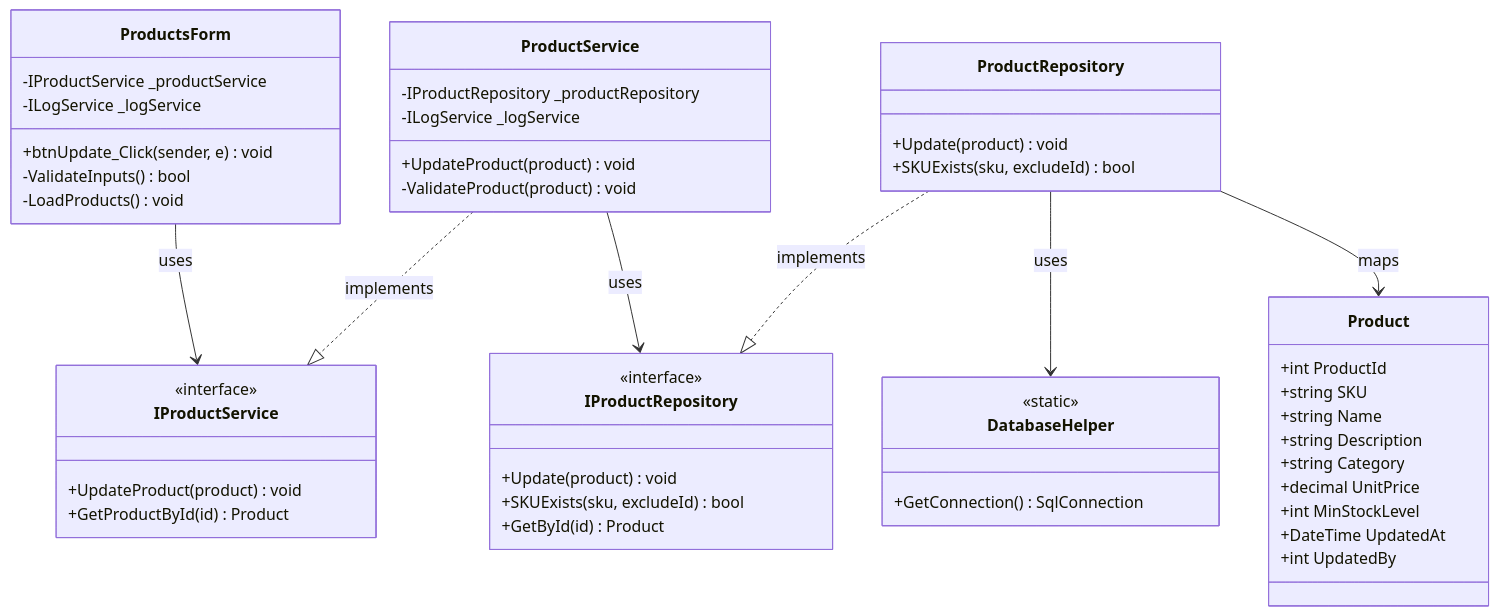
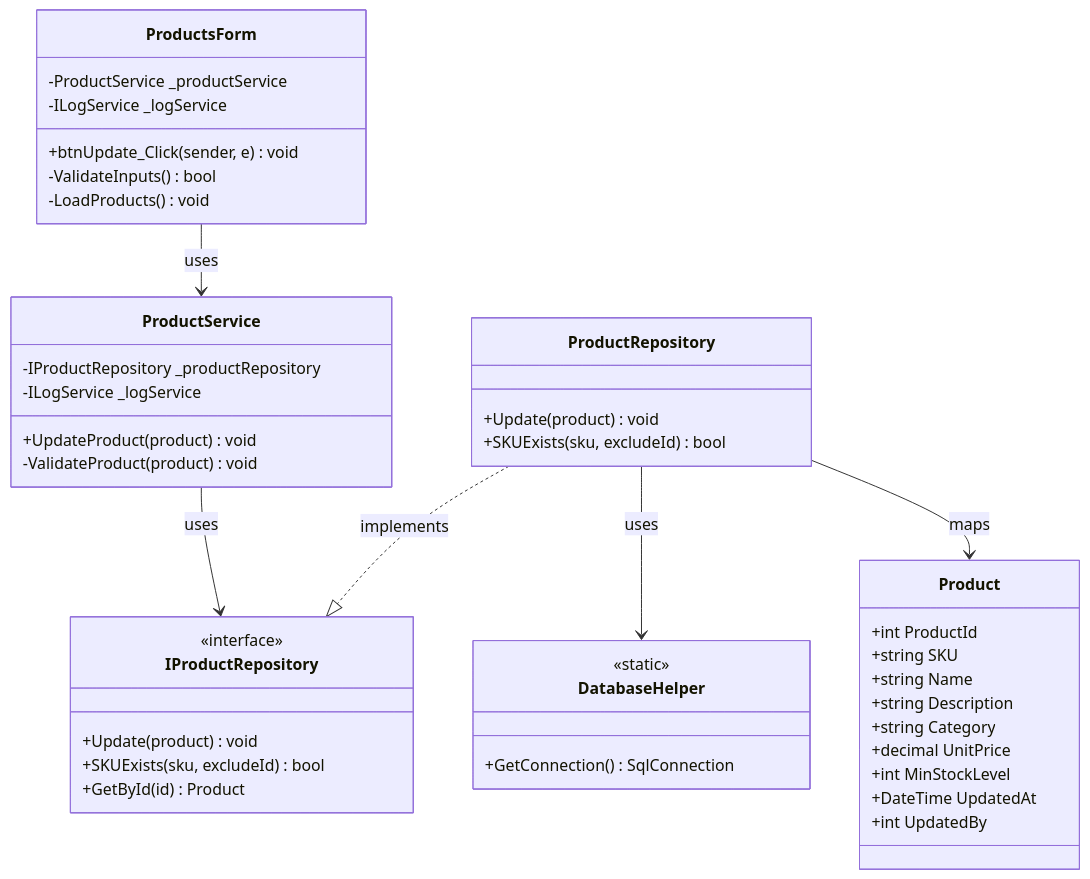
One commit to nahuk86/tp_diploma_nk_2026 changed diagram 15 of 16 in Documentation/UML_Diagrams/13_Products_UseCases.md. Above: the diagram before and after it, drawn with Mermaid. The commit also changed other lines of this file and 5 other files, not shown here.

First line of the commit message:
Fix UML documentation: remove non-existent BLL service interfaces

````diff
--- a/Documentation/UML_Diagrams/13_Products_UseCases.md
+++ b/Documentation/UML_Diagrams/13_Products_UseCases.md
@@ -575,59 +533,53 @@
 ```mermaid
 classDiagram
     class ProductsForm {
-        -IProductService _productService
+        -ProductService _productService
         -ILogService _logService
         +btnUpdate_Click(sender, e) void
         -ValidateInputs() bool
         -LoadProducts() void
     }
 
-    class IProductService {
-        <<interface>>
-        +UpdateProduct(product) void
-        +GetProductById(id) Product
-    }
 
     class ProductService {
         -IProductRepository _productRepository
         -ILogService _logService
         +UpdateProduct(product) void
         -ValidateProduct(product) void
     }
 
     class IProductRepository {
         <<interface>>
         +Update(product) void
         +SKUExists(sku, excludeId) bool
         +GetById(id) Product
     }
 
     class ProductRepository {
         +Update(product) void
         +SKUExists(sku, excludeId) bool
     }
 
     class DatabaseHelper {
         <<static>>
         +GetConnection() SqlConnection
     }
 
     class Product {
         +int ProductId
         +string SKU
         +string Name
         +string Description
         +string Category
         +decimal UnitPrice
         +int MinStockLevel
         +DateTime UpdatedAt
         +int UpdatedBy
     }
 
-    ProductsForm --> IProductService : uses
-    ProductService ..|> IProductService : implements
+    ProductsForm --> ProductService : uses
     ProductService --> IProductRepository : uses
     ProductRepository ..|> IProductRepository : implements
     ProductRepository --> DatabaseHelper : uses
     ProductRepository --> Product : maps
 ```
````
